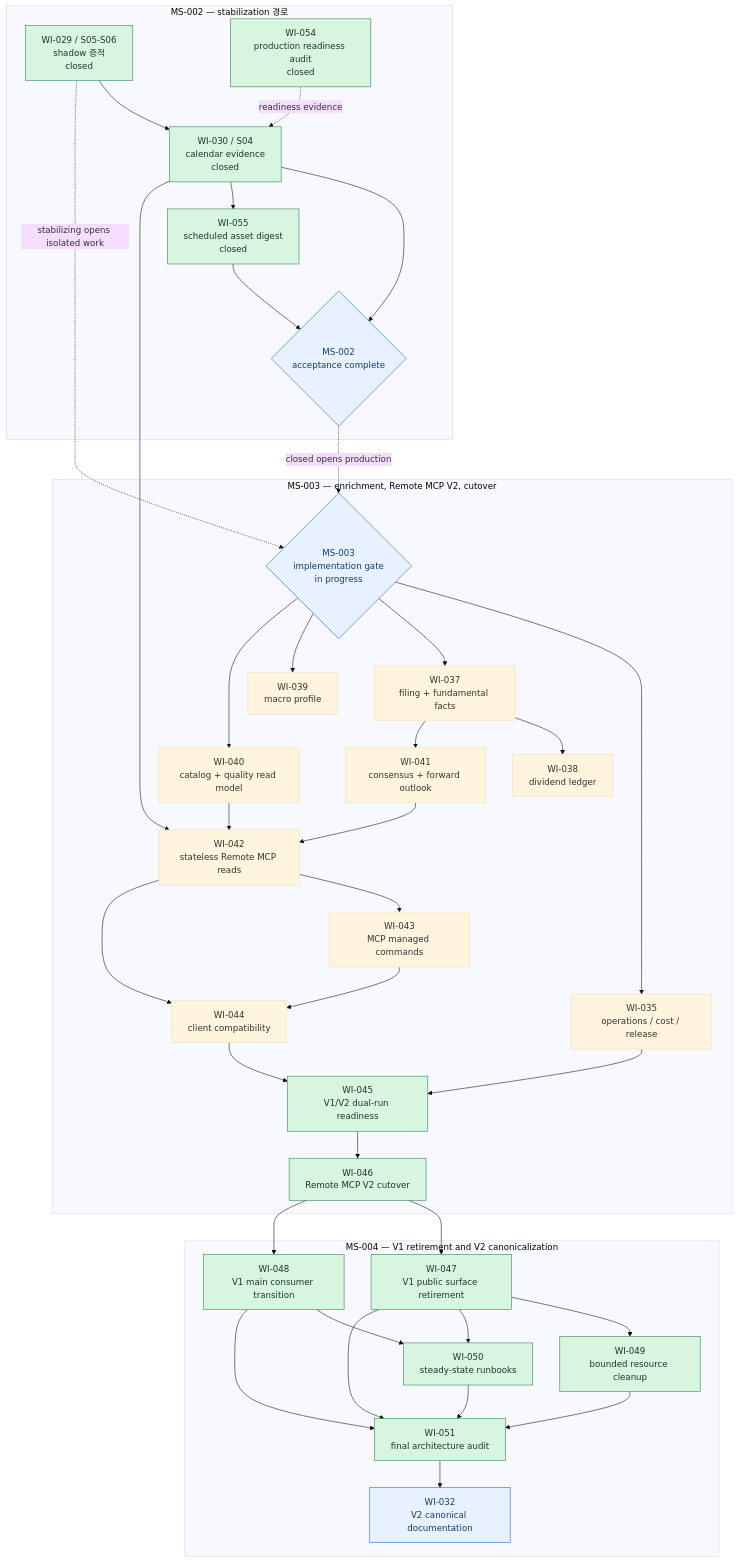
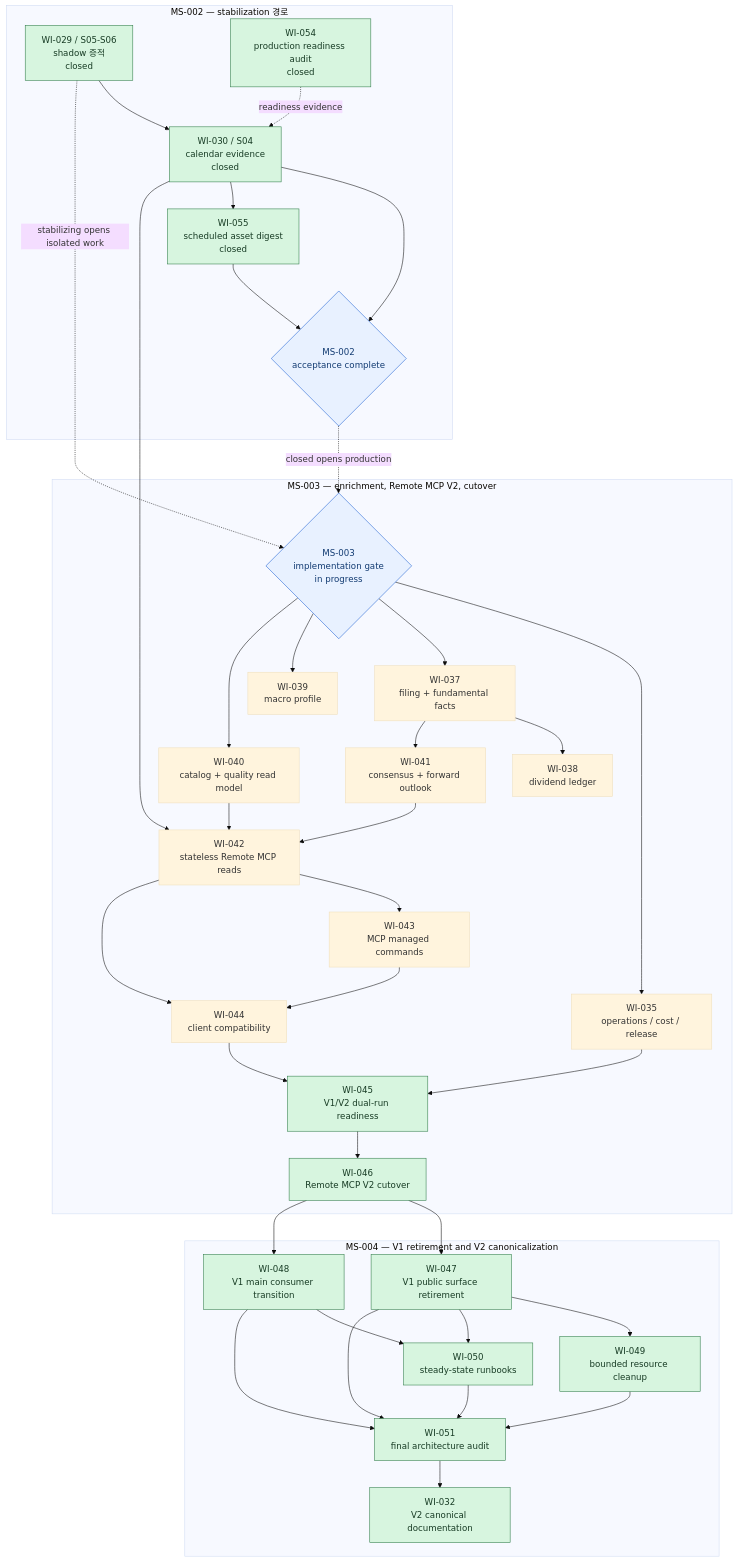
One commit to meringue5/KIS_Portfolio_MCP changed the third of 3 diagrams in docs/milestones/README.md. Above: the diagram before and after it, drawn with Mermaid (base theme). The commit also changed other lines of this file and 22 other files, not shown here.

````diff
--- a/docs/milestones/README.md
+++ b/docs/milestones/README.md
@@ -142,82 +141,82 @@
 ```mermaid
 flowchart TB
     subgraph M2["MS-002 — stabilization 경로"]
         W29["WI-029 / S05-S06<br/>shadow 증적<br/>closed"]
         W30["WI-030 / S04<br/>calendar evidence<br/>closed"]
         W54["WI-054<br/>production readiness audit<br/>closed"]
         W55["WI-055<br/>scheduled asset digest<br/>closed"]
         M2DONE{"MS-002<br/>acceptance complete"}
         W29 --> W30 --> M2DONE
         W30 --> W55 --> M2DONE
         W54 -. readiness evidence .-> W30
     end
 
     subgraph M3["MS-003 — enrichment, Remote MCP V2, cutover"]
         M3OPEN{"MS-003<br/>implementation gate<br/>in progress"}
         W35["WI-035<br/>operations / cost / release"]
         W37["WI-037<br/>filing + fundamental facts"]
         W38["WI-038<br/>dividend ledger"]
         W39["WI-039<br/>macro profile"]
         W40["WI-040<br/>catalog + quality read model"]
         W41["WI-041<br/>consensus + forward outlook"]
         W42["WI-042<br/>stateless Remote MCP reads"]
         W43["WI-043<br/>MCP managed commands"]
         W44["WI-044<br/>client compatibility"]
         W45["WI-045<br/>V1/V2 dual-run readiness"]
         W46["WI-046<br/>Remote MCP V2 cutover"]
 
         M3OPEN --> W35
         M3OPEN --> W37
         M3OPEN --> W39
         M3OPEN --> W40
         W37 --> W38
         W37 --> W41
         W30 --> W42
         W40 --> W42
         W41 --> W42
         W42 --> W43
         W42 --> W44
         W43 --> W44
         W35 --> W45
         W44 --> W45 --> W46
     end
 
     subgraph M4["MS-004 — V1 retirement and V2 canonicalization"]
         W47["WI-047<br/>V1 public surface retirement"]
         W48["WI-048<br/>V1 main consumer transition"]
         W49["WI-049<br/>bounded resource cleanup"]
         W50["WI-050<br/>steady-state runbooks"]
         W51["WI-051<br/>final architecture audit"]
         W32["WI-032<br/>V2 canonical documentation"]
 
         W46 --> W47
         W46 --> W48
         W47 --> W49
         W47 --> W50
         W48 --> W50
         W47 --> W51
         W48 --> W51
         W49 --> W51
         W50 --> W51
         W51 --> W32
     end
 
     W29 -. stabilizing opens isolated work .-> M3OPEN
     M2DONE -. closed opens production .-> M3OPEN
 
     classDef active fill:#fff1bf,stroke:#9a6b00,color:#4b3500;
     classDef closed fill:#d7f5df,stroke:#2d7a46,color:#173b24;
     classDef ready fill:#e8f1ff,stroke:#175cd3,color:#123b72;
     classDef blocked fill:#fde2e2,stroke:#b42318,color:#5b1712;
     classDef proposed fill:#eef1f5,stroke:#667085,color:#344054;
     classDef gate fill:#e8f1ff,stroke:#175cd3,color:#123b72;
     class W29,W30,W54,W55 closed;
     class W35,W40 verified;
     class W37,W38,W39,W41,W42,W43,W44 verified;
     class W45 closed;
     class W46,W47,W48,W49 closed;
     class W50 closed;
     class W51 closed;
-    class W32 ready;
+    class W32 closed;
     class M2DONE,M3OPEN gate;
 ```
````
